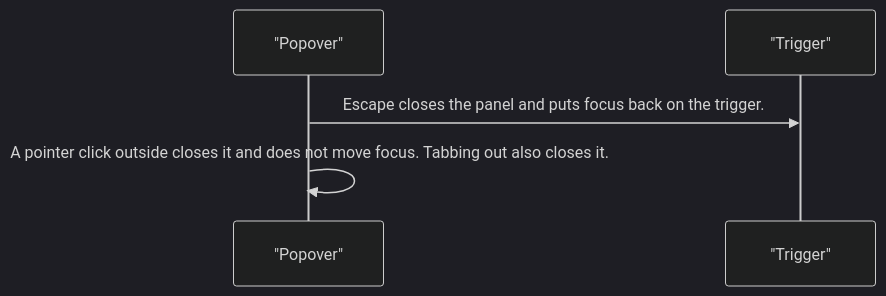
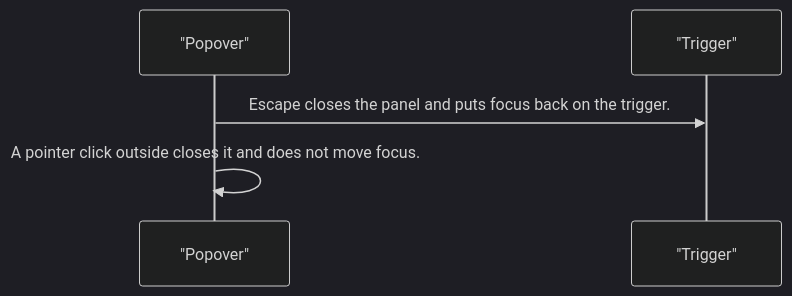
The third of 4 diagrams in projects/pixel-ui/src/lib/pixel-popover/DESIGN.md (RajshekharBorate/pixel-ui), drawn with Mermaid (dark theme) before and after one commit. The commit also changed other lines of this file and 80 other files, not shown here.

Commit message:
Fill missing design flows and correct the stories that did not match component behavior.

````diff
--- a/projects/pixel-ui/src/lib/pixel-popover/DESIGN.md
+++ b/projects/pixel-ui/src/lib/pixel-popover/DESIGN.md
@@ -63,7 +63,7 @@
 ```mermaid
 sequenceDiagram
   participant panel as "Popover"
   participant trigger as "Trigger"
   panel->>trigger: Escape closes the panel and puts focus back on the trigger.
-  panel->>panel: A pointer click outside closes it and does not move focus. Tabbing out also closes it.
+  panel->>panel: A pointer click outside closes it and does not move focus.
 ```
````
